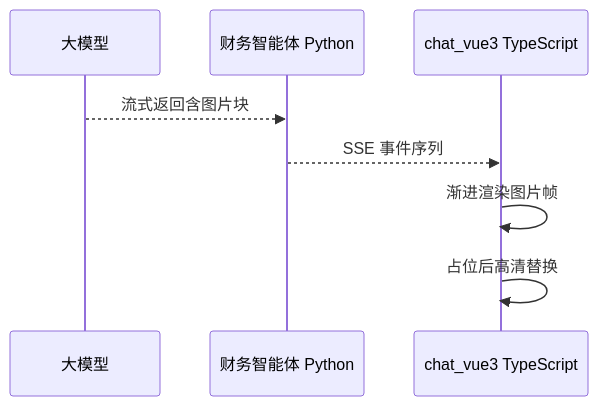
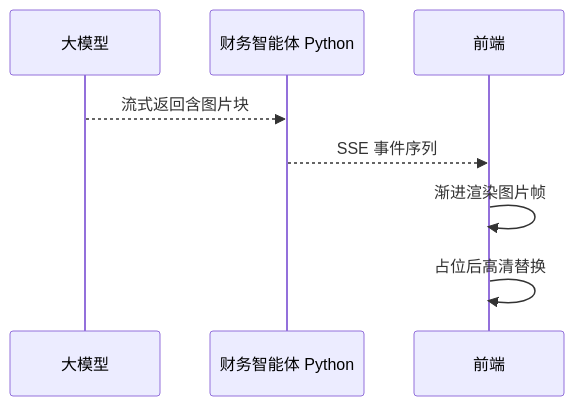
One commit to swipth/work-report changed the third of 7 diagrams in reports/2026-06-16/index.md. Above: the diagram before and after it, drawn with Mermaid. The commit also changed other lines of this file and 18 other files, not shown here.

````diff
--- a/reports/2026-06-16/index.md
+++ b/reports/2026-06-16/index.md
@@ -79,11 +79,11 @@
 ```mermaid
 sequenceDiagram
     participant LLM as 大模型
     participant AG as 财务智能体 Python
-    participant FE as chat_vue3 TypeScript
+    participant FE as 前端
 
     LLM-->>AG: 流式返回含图片块
     AG-->>FE: SSE 事件序列
     FE->>FE: 渐进渲染图片帧
     FE->>FE: 占位后高清替换
 ```
````
